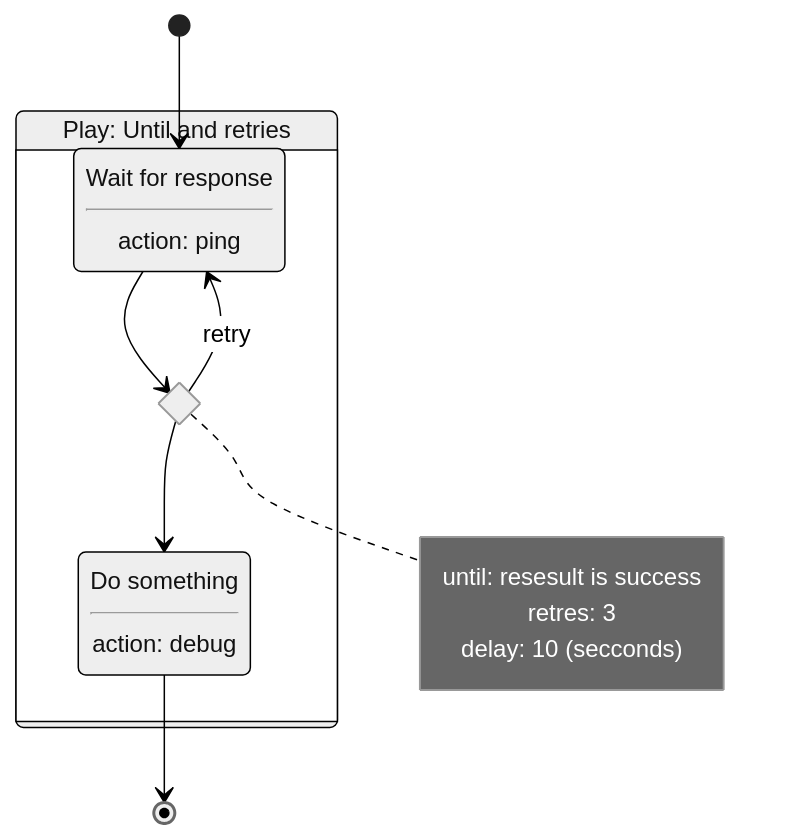
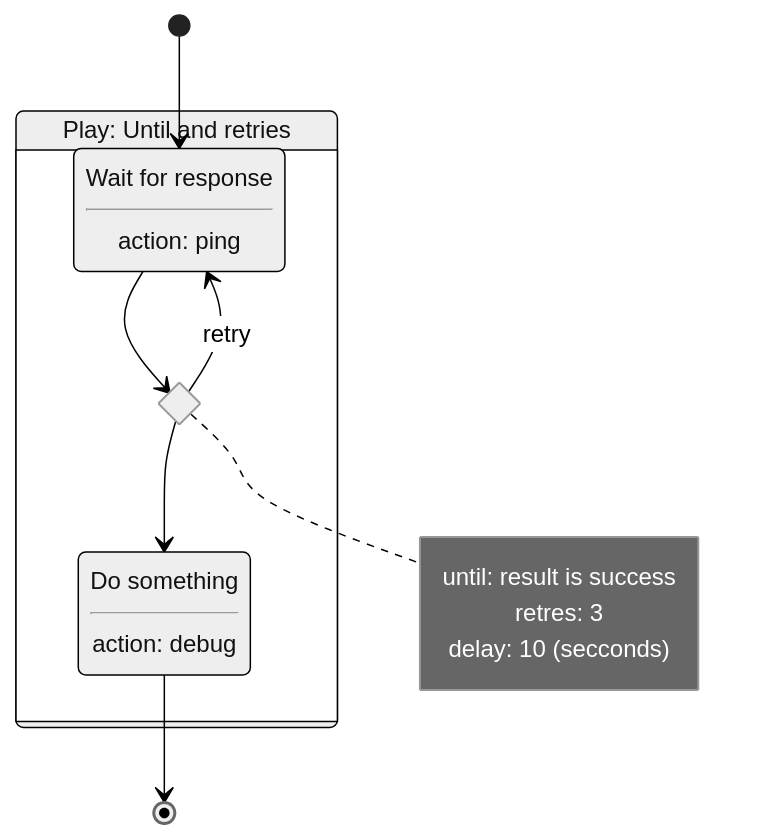
Before and after one commit to teramako/playbook2uml: the diagram in test_playbook/expects/book_9_until_and_retry.mmd, drawn with Mermaid (neutral theme).

```diff
--- a/test_playbook/expects/book_9_until_and_retry.mmd
+++ b/test_playbook/expects/book_9_until_and_retry.mmd
@@ -1,16 +1,16 @@
 stateDiagram-v2
     state "Play: Until and retries" as play_1 {
         state "Wait for response<hr>action: ping" as task_1
         state task_1_until <<choice>>
         note right of task_1_until
-            until: resesult is success
+            until: result is success
             retres: 3
             delay: 10 (secconds)
         end note
         state "Do something<hr>action: debug" as task_2
     }
     [*] --> task_1
     task_1_until --> task_2
     task_1 --> task_1_until
     task_1_until --> task_1 : retry
     task_2 --> [*]
```
